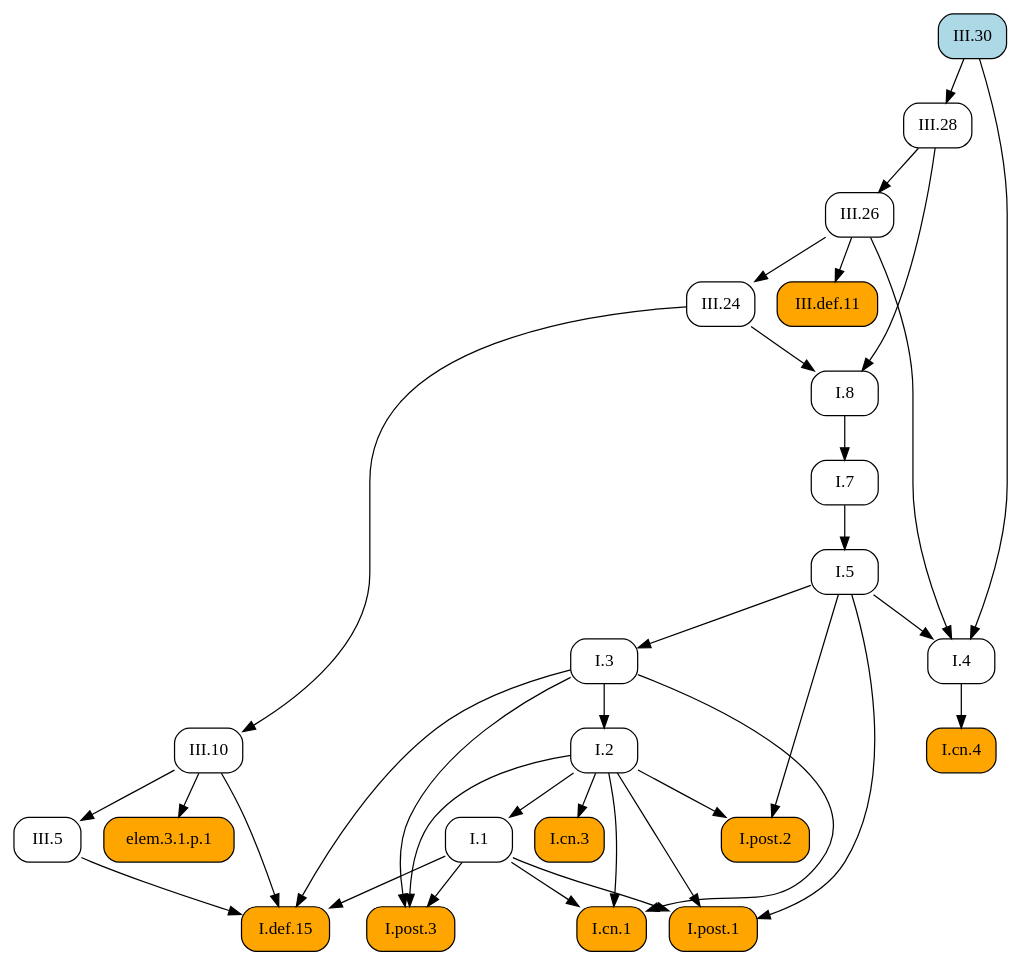
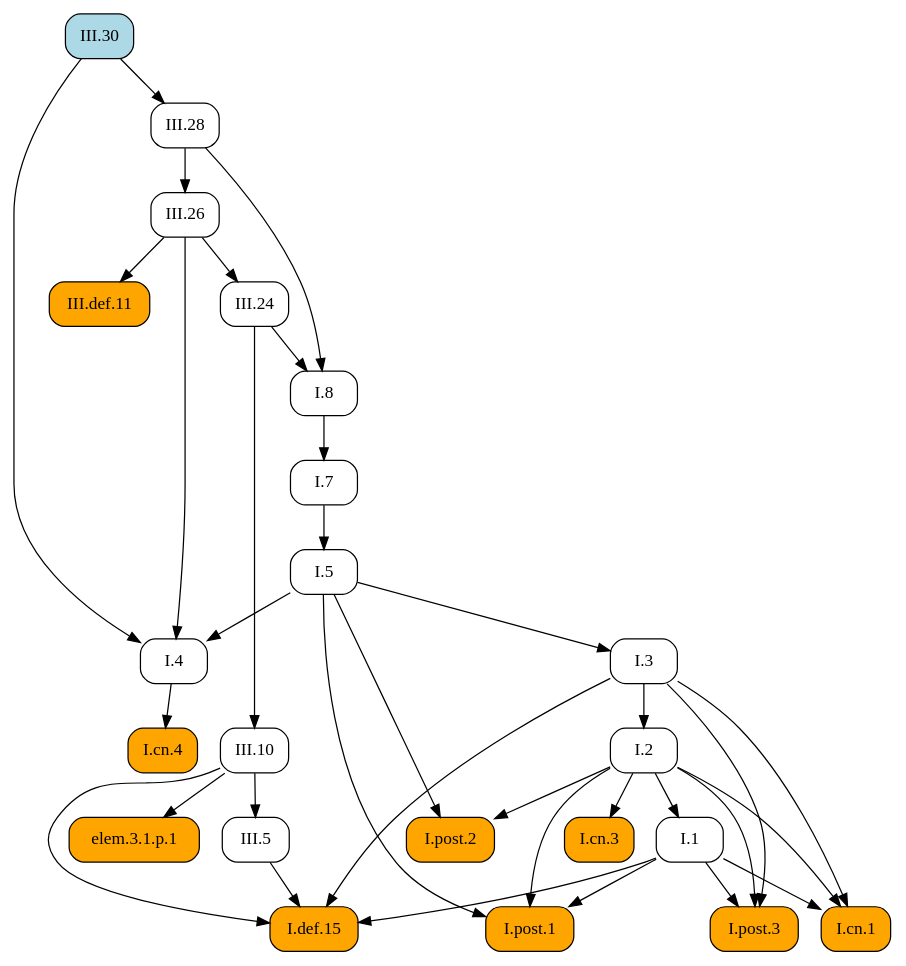
Before and after one commit to geometor/elements: the diagram in docsrc/elements2/III/30/index.rst, drawn with Graphviz. The commit also changed other lines of this file and 409 other files, not shown here.

First line of the commit message:
feat: Add image cropping and graphic extraction script

```diff
--- a/docsrc/elements2/III/30/index.rst
+++ b/docsrc/elements2/III/30/index.rst
@@ -56,62 +56,62 @@
 .. graphviz::
 
    digraph {
      rankdir="TB";
      node [shape=box, style=rounded];
+     "I.def.15" [style="rounded,filled", fillcolor=orange, URL="/elements2/I/def.15/", target="_top"];
      "I.8" [URL="/elements2/I/8/", target="_top"];
+     "III.5" [URL="/elements2/III/5/", target="_top"];
+     "I.5" [URL="/elements2/I/5/", target="_top"];
+     "III.30" [style="rounded,filled", fillcolor=lightblue, URL="/elements2/III/30/", target="_top"];
+     "I.3" [URL="/elements2/I/3/", target="_top"];
+     "I.cn.3" [style="rounded,filled", fillcolor=orange, URL="/elements2/I/cn.3/", target="_top"];
+     "I.cn.1" [style="rounded,filled", fillcolor=orange, URL="/elements2/I/cn.1/", target="_top"];
+     "III.24" [URL="/elements2/III/24/", target="_top"];
+     "I.post.3" [style="rounded,filled", fillcolor=orange, URL="/elements2/I/post.3/", target="_top"];
+     "I.4" [URL="/elements2/I/4/", target="_top"];
+     "I.7" [URL="/elements2/I/7/", target="_top"];
      "III.28" [URL="/elements2/III/28/", target="_top"];
-     "I.1" [URL="/elements2/I/1/", target="_top"];
-     "I.cn.4" [style="rounded,filled", fillcolor=orange, URL="/elements2/I/cn.4/", target="_top"];
-     "I.cn.3" [style="rounded,filled", fillcolor=orange, URL="/elements2/I/cn.3/", target="_top"];
-     "III.5" [URL="/elements2/III/5/", target="_top"];
-     "I.7" [URL="/elements2/I/7/", target="_top"];
+     "elem.3.1.p.1" [style="rounded,filled", fillcolor=orange];
      "III.26" [URL="/elements2/III/26/", target="_top"];
      "I.post.1" [style="rounded,filled", fillcolor=orange, URL="/elements2/I/post.1/", target="_top"];
-     "elem.3.1.p.1" [style="rounded,filled", fillcolor=orange];
-     "I.5" [URL="/elements2/I/5/", target="_top"];
-     "I.cn.1" [style="rounded,filled", fillcolor=orange, URL="/elements2/I/cn.1/", target="_top"];
+     "III.10" [URL="/elements2/III/10/", target="_top"];
      "I.2" [URL="/elements2/I/2/", target="_top"];
-     "I.def.15" [style="rounded,filled", fillcolor=orange, URL="/elements2/I/def.15/", target="_top"];
-     "I.4" [URL="/elements2/I/4/", target="_top"];
-     "III.30" [style="rounded,filled", fillcolor=lightblue, URL="/elements2/III/30/", target="_top"];
      "III.def.11" [style="rounded,filled", fillcolor=orange, URL="/elements2/III/def.11/", target="_top"];
-     "III.24" [URL="/elements2/III/24/", target="_top"];
-     "III.10" [URL="/elements2/III/10/", target="_top"];
-     "I.3" [URL="/elements2/I/3/", target="_top"];
+     "I.cn.4" [style="rounded,filled", fillcolor=orange, URL="/elements2/I/cn.4/", target="_top"];
+     "I.1" [URL="/elements2/I/1/", target="_top"];
      "I.post.2" [style="rounded,filled", fillcolor=orange, URL="/elements2/I/post.2/", target="_top"];
-     "I.post.3" [style="rounded,filled", fillcolor=orange, URL="/elements2/I/post.3/", target="_top"];
+     "I.1" -> "I.def.15";
+     "I.3" -> "I.def.15";
+     "III.5" -> "I.def.15";
+     "III.10" -> "I.def.15";
      "III.24" -> "I.8";
      "III.28" -> "I.8";
+     "III.10" -> "III.5";
+     "I.7" -> "I.5";
+     "I.5" -> "I.3";
+     "I.2" -> "I.cn.3";
+     "I.1" -> "I.cn.1";
+     "I.2" -> "I.cn.1";
+     "I.3" -> "I.cn.1";
+     "III.26" -> "III.24";
+     "I.1" -> "I.post.3";
+     "I.2" -> "I.post.3";
+     "I.3" -> "I.post.3";
+     "I.5" -> "I.4";
+     "III.26" -> "I.4";
+     "III.30" -> "I.4";
+     "I.8" -> "I.7";
      "III.30" -> "III.28";
-     "I.2" -> "I.1";
-     "I.4" -> "I.cn.4";
-     "I.2" -> "I.cn.3";
-     "III.10" -> "III.5";
-     "I.8" -> "I.7";
+     "III.10" -> "elem.3.1.p.1";
      "III.28" -> "III.26";
      "I.1" -> "I.post.1";
      "I.2" -> "I.post.1";
      "I.5" -> "I.post.1";
-     "III.10" -> "elem.3.1.p.1";
-     "I.7" -> "I.5";
-     "I.1" -> "I.cn.1";
-     "I.2" -> "I.cn.1";
-     "I.3" -> "I.cn.1";
+     "III.24" -> "III.10";
      "I.3" -> "I.2";
-     "I.1" -> "I.def.15";
-     "I.3" -> "I.def.15";
-     "III.5" -> "I.def.15";
-     "III.10" -> "I.def.15";
-     "I.5" -> "I.4";
-     "III.26" -> "I.4";
-     "III.30" -> "I.4";
      "III.26" -> "III.def.11";
-     "III.26" -> "III.24";
-     "III.24" -> "III.10";
-     "I.5" -> "I.3";
+     "I.4" -> "I.cn.4";
+     "I.2" -> "I.1";
      "I.2" -> "I.post.2";
      "I.5" -> "I.post.2";
-     "I.1" -> "I.post.3";
-     "I.2" -> "I.post.3";
-     "I.3" -> "I.post.3";
    }
```
